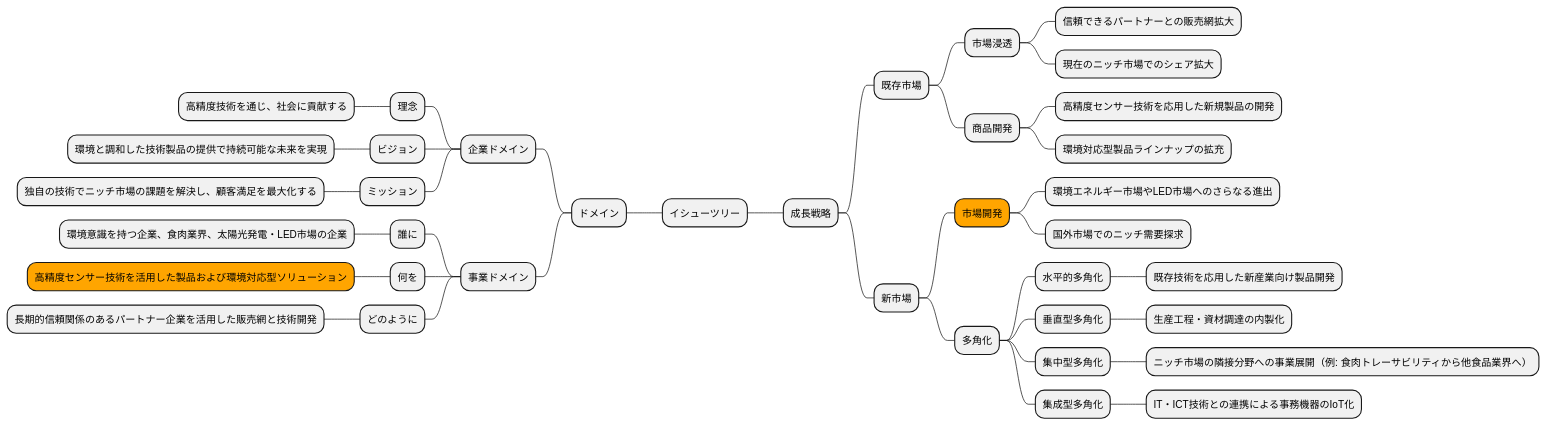
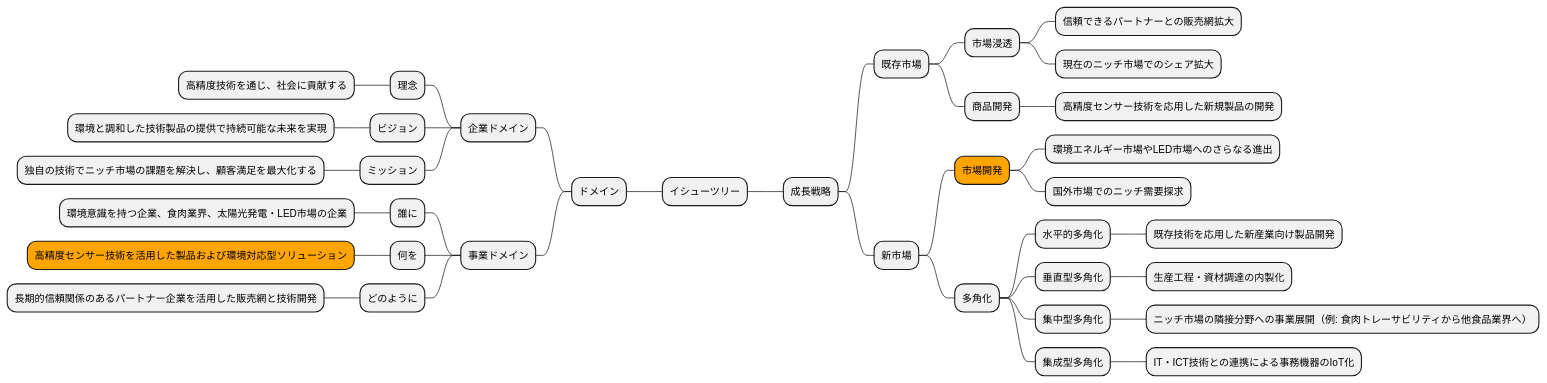
Before and after one commit to k2works/case-sutudy-business-analysis: the seventh of 19 diagrams in docs/case/h30_case_1.adoc, drawn with PlantUML. The commit also changed other lines of this file, not shown here.

```diff
--- a/docs/case/h30_case_1.adoc
+++ b/docs/case/h30_case_1.adoc
@@ -256,46 +255,45 @@
 [plantuml]
 ----
 @startmindmap
 
 * イシューツリー
 left side
 ** ドメイン
 *** 企業ドメイン
 **** 理念
 ***** 高精度技術を通じ、社会に貢献する
 **** ビジョン
 ***** 環境と調和した技術製品の提供で持続可能な未来を実現
 **** ミッション
 ***** 独自の技術でニッチ市場の課題を解決し、顧客満足を最大化する
 *** 事業ドメイン
 **** 誰に
 ***** 環境意識を持つ企業、食肉業界、太陽光発電・LED市場の企業
 **** 何を
 *****[#orange] 高精度センサー技術を活用した製品および環境対応型ソリューション
 **** どのように
 ***** 長期的信頼関係のあるパートナー企業を活用した販売網と技術開発
 right side
 ** 成長戦略
 *** 既存市場
 **** 市場浸透
 ***** 信頼できるパートナーとの販売網拡大
 ***** 現在のニッチ市場でのシェア拡大
 **** 商品開発
 ***** 高精度センサー技術を応用した新規製品の開発
-***** 環境対応型製品ラインナップの拡充
 *** 新市場
 ****[#orange] 市場開発
 ***** 環境エネルギー市場やLED市場へのさらなる進出
 ***** 国外市場でのニッチ需要探求
 **** 多角化
 ***** 水平的多角化
 ****** 既存技術を応用した新産業向け製品開発
 ***** 垂直型多角化
 ****** 生産工程・資材調達の内製化
 ***** 集中型多角化
 ****** ニッチ市場の隣接分野への事業展開（例: 食肉トレーサビリティから他食品業界へ）
 ***** 集成型多角化
 ****** IT・ICT技術との連携による事務機器のIoT化
 
 @endmindmap
 ----
```
